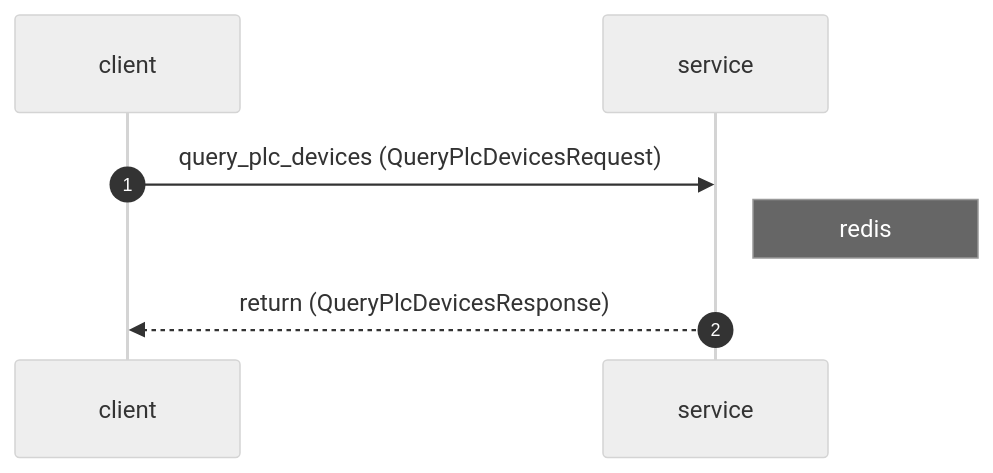
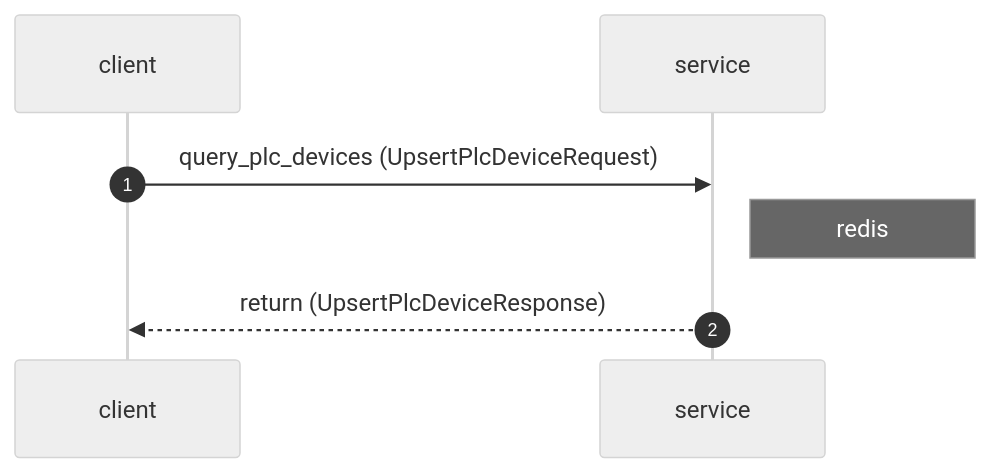
One commit to FutureOrientedGB/plc_control changed the fourth of 7 diagrams in README.md. Above: the diagram before and after it, drawn with Mermaid (neutral theme). The commit also changed other lines of this file and 8 other files, not shown here.

Commit message:
[plc_proto] add rpc upsert_plc_device(UpsertPlcDeviceRequest) returns (UpsertPlcDeviceResponse) {}

````diff
--- a/README.md
+++ b/README.md
@@ -39,10 +37,10 @@
 ```mermaid
 sequenceDiagram
     autonumber
     participant client
     participant service
 
-client->>service: query_plc_devices (QueryPlcDevicesRequest)
+client->>service: query_plc_devices (UpsertPlcDeviceRequest)
 Note right of service: redis
-service-->>client: return (QueryPlcDevicesResponse)
+service-->>client: return (UpsertPlcDeviceResponse)
 ```
````
